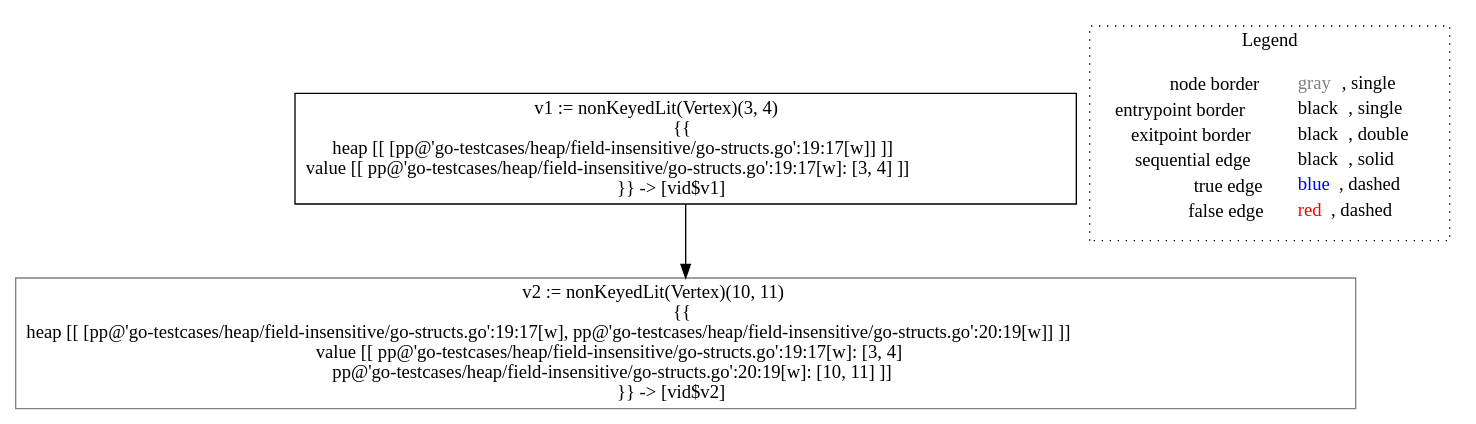
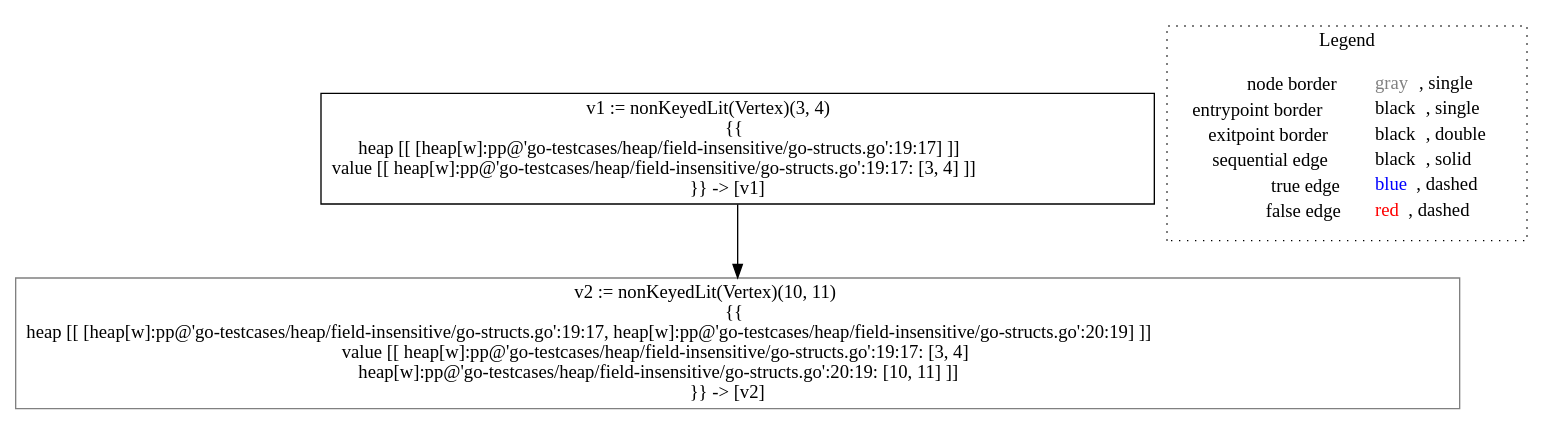
The diagram in go-lisa/go-testcases/heap/field-insensitive/analysis___untyped_~LiSAProgram.alloc().dot (lisa-analyzer/go-lisa), drawn with Graphviz before and after one commit. The commit also changed 11 other files, not shown here.

```diff
--- a/go-lisa/go-testcases/heap/field-insensitive/analysis___untyped_~LiSAProgram.alloc().dot
+++ b/go-lisa/go-testcases/heap/field-insensitive/analysis___untyped_~LiSAProgram.alloc().dot
@@ -1,12 +1,12 @@
 digraph {
-	"node0" [shape="rect",color="black",label=<v1 := nonKeyedLit(Vertex)(3, 4)<BR/>{{<BR/>heap [[ [pp@'go-testcases/heap/field-insensitive/go-structs.go':19:17[w]] ]]<BR/>value [[ pp@'go-testcases/heap/field-insensitive/go-structs.go':19:17[w]: [3, 4] ]]<BR/>}} -&gt; [vid$v1]>];
-	"node1" [shape="rect",color="gray",label=<v2 := nonKeyedLit(Vertex)(10, 11)<BR/>{{<BR/>heap [[ [pp@'go-testcases/heap/field-insensitive/go-structs.go':19:17[w], pp@'go-testcases/heap/field-insensitive/go-structs.go':20:19[w]] ]]<BR/>value [[ pp@'go-testcases/heap/field-insensitive/go-structs.go':19:17[w]: [3, 4]<BR/>pp@'go-testcases/heap/field-insensitive/go-structs.go':20:19[w]: [10, 11] ]]<BR/>}} -&gt; [vid$v2]>];
+	"node0" [shape="rect",color="black",label=<v1 := nonKeyedLit(Vertex)(3, 4)<BR/>{{<BR/>heap [[ [heap[w]:pp@'go-testcases/heap/field-insensitive/go-structs.go':19:17] ]]<BR/>value [[ heap[w]:pp@'go-testcases/heap/field-insensitive/go-structs.go':19:17: [3, 4] ]]<BR/>}} -&gt; [v1]>];
+	"node1" [shape="rect",color="gray",label=<v2 := nonKeyedLit(Vertex)(10, 11)<BR/>{{<BR/>heap [[ [heap[w]:pp@'go-testcases/heap/field-insensitive/go-structs.go':19:17, heap[w]:pp@'go-testcases/heap/field-insensitive/go-structs.go':20:19] ]]<BR/>value [[ heap[w]:pp@'go-testcases/heap/field-insensitive/go-structs.go':19:17: [3, 4]<BR/>heap[w]:pp@'go-testcases/heap/field-insensitive/go-structs.go':20:19: [10, 11] ]]<BR/>}} -&gt; [v2]>];
 	"node0" -> "node1" [color="black"];
 subgraph cluster_legend {
 	label="Legend";
 	style=dotted;
 	node [shape=plaintext];
 	"legend" [label=<<table border="0" cellpadding="2" cellspacing="0" cellborder="0"><tr><td align="right">node border&nbsp;</td><td align="left"><font color="gray">gray</font>, single</td></tr><tr><td align="right">entrypoint border&nbsp;</td><td align="left"><font color="black">black</font>, single</td></tr><tr><td align="right">exitpoint border&nbsp;</td><td align="left"><font color="black">black</font>, double</td></tr><tr><td align="right">sequential edge&nbsp;</td><td align="left"><font color="black">black</font>, solid</td></tr><tr><td align="right">true edge&nbsp;</td><td align="left"><font color="blue">blue</font>, dashed</td></tr><tr><td align="right">false edge&nbsp;</td><td align="left"><font color="red">red</font>, dashed</td></tr></table>>];
 }
 
 }
```
